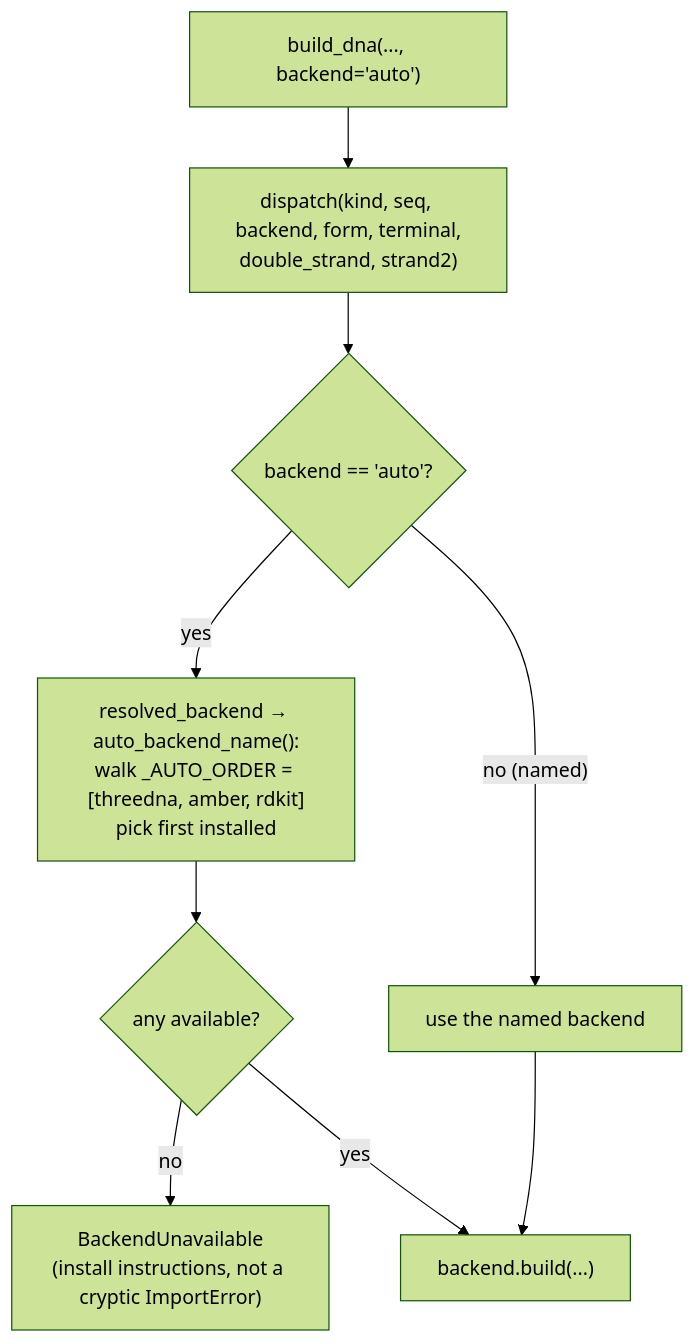
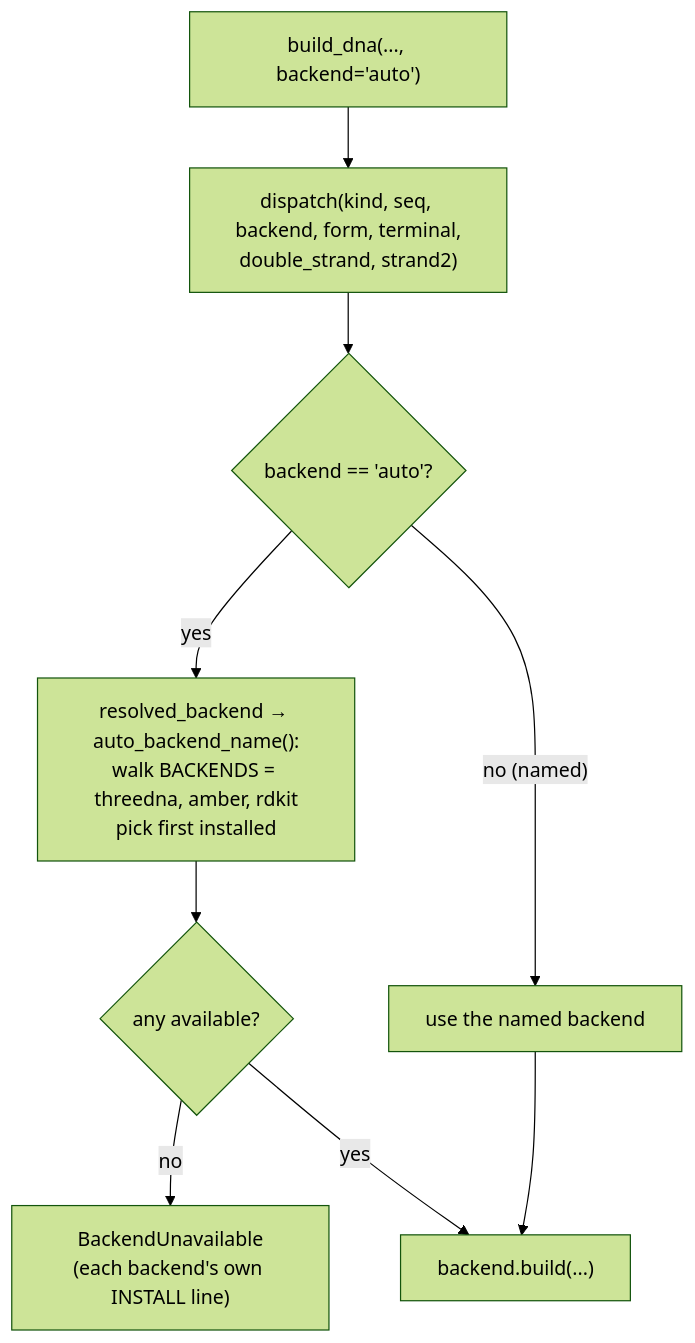
Before and after one commit to Qing-LAB/molbuilder: the third of 4 diagrams in docs/engines/builders.md, drawn with Mermaid (forest theme). The commit also changed other lines of this file and 55 other files, not shown here.

````diff
--- a/docs/engines/builders.md
+++ b/docs/engines/builders.md
@@ -229,11 +332,11 @@
 ```mermaid
 flowchart TD
     REQ["build_dna(..., backend='auto')"] --> DISP["dispatch(kind, seq, backend, form, terminal,<br/>double_strand, strand2)"]
     DISP --> AUTO{"backend == 'auto'?"}
-    AUTO -->|yes| ORDER["resolved_backend → auto_backend_name():<br/>walk _AUTO_ORDER = [threedna, amber, rdkit]<br/>pick first installed"]
+    AUTO -->|yes| ORDER["resolved_backend → auto_backend_name():<br/>walk BACKENDS = threedna, amber, rdkit<br/>pick first installed"]
     AUTO -->|"no (named)"| NAMED["use the named backend"]
     ORDER --> NONE{"any available?"}
-    NONE -->|no| ERR["BackendUnavailable<br/>(install instructions, not a cryptic ImportError)"]
+    NONE -->|no| ERR["BackendUnavailable<br/>(each backend's own INSTALL line)"]
     NONE -->|yes| RUN["backend.build(...)"]
     NAMED --> RUN
 ```
````
